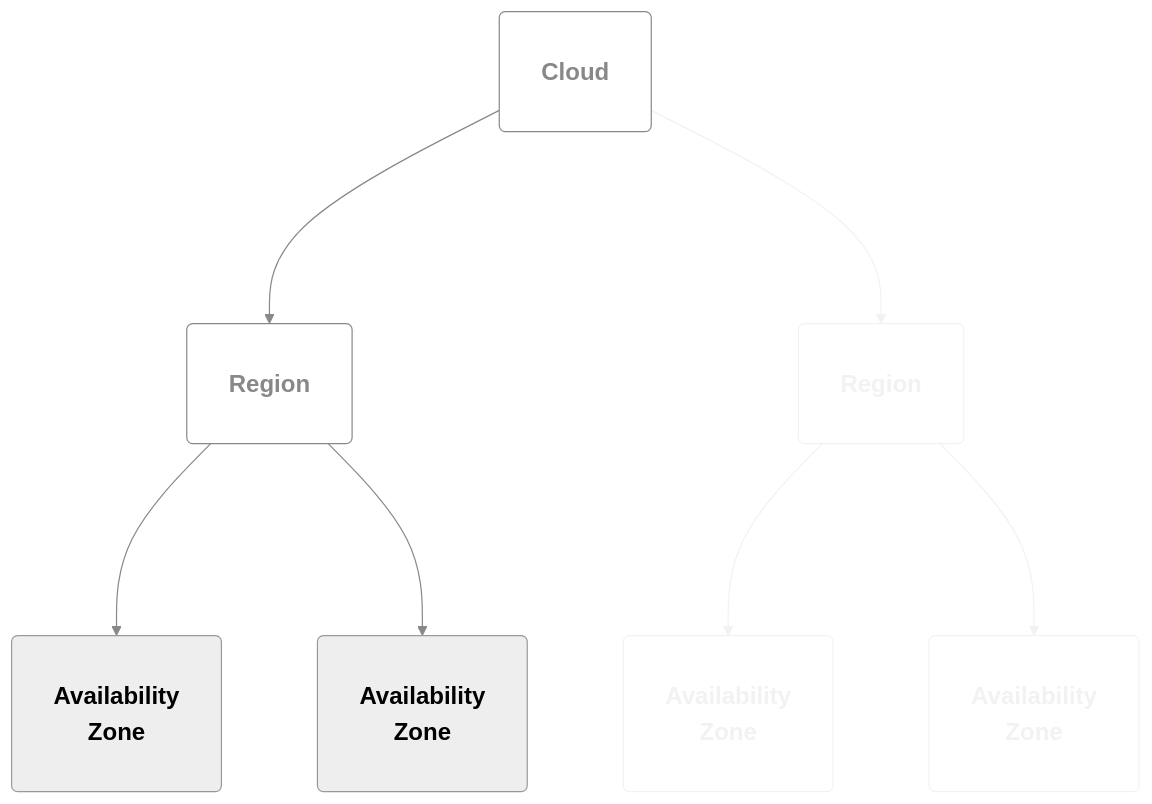
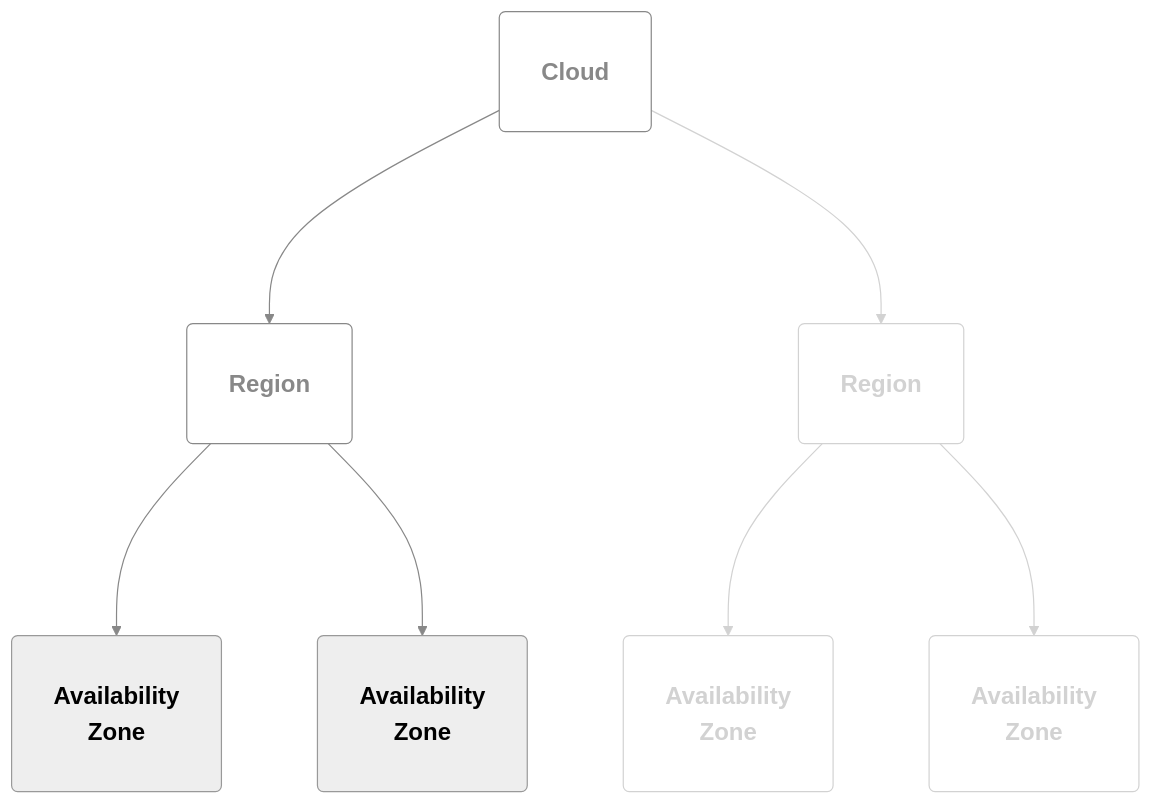
Before and after one commit to OpenStackKen/genestack: the diagram in docs/content/design-guide/cloud-design/availability-zones.md, drawn with Mermaid. The commit also changed 2 other files, not shown here.

Commit message:
Design Guide mermaid.js diagram updates

````diff
--- a/docs/content/design-guide/cloud-design/availability-zones.md
+++ b/docs/content/design-guide/cloud-design/availability-zones.md
@@ -11,42 +11,42 @@
 ```mermaid
 ---
 config:
   theme: neutral
   themeVariables:
     fontSize: 20px
   flowchart:
     curve: basis
     nodeSpacing: 80
     rankSpacing: 160
 ---
 flowchart TD
 
 %% Node Defs
     CLD(<div style="padding: 1em; font-weight:bold;">Cloud</div>)
     REG1(<div style="padding: 1em; font-weight:bold; box-shadow: 0px 0px 10px 5px #356ba280;">Region</div>)
     REG2(<div style="padding: 1em; font-weight:bold;">Region</div>)
     AZ11(<div style="padding: 1em; font-weight:bold;">Availability</BR>Zone</div>)
     AZ12(<div style="padding: 1em; font-weight:bold;">Availability</BR>Zone</div>)
     AZ21(<div style="padding: 1em; font-weight:bold;">Availability</BR>Zone</div>)
     AZ22(<div style="padding: 1em; font-weight:bold;">Availability</BR>Zone</div>)
 
     class REG2,AZ21,AZ22 dimmed
     %%class REG1 emphasis
     class CLD,REG1 plain
 
 %% Diagram Layout
     CLD CDL1@--> REG1
     CLD CDL2@--> REG2
     REG1 R11DL@--> AZ11
     REG1 R12DL@--> AZ12
     REG2 R21DL@--> AZ21
     REG2 R22DL@--> AZ22
 
     class CDL2,R21DL,R22DL dimmed
     class CDL1,R11DL,R12DL plain
 
 %% Display Classes
-    classDef dimmed         fill:#fff,stroke:#f2f2f2,color:#f2f2f2;
+    classDef dimmed         fill:#fff,stroke:#d2d2d2,color:#d2d2d2;
     classDef emphasis       fill:#fff,stroke:#356ba2,color:#356ba2;
     classDef plain          fill:#fff,stroke:#888,color:#888;
 ```
````
